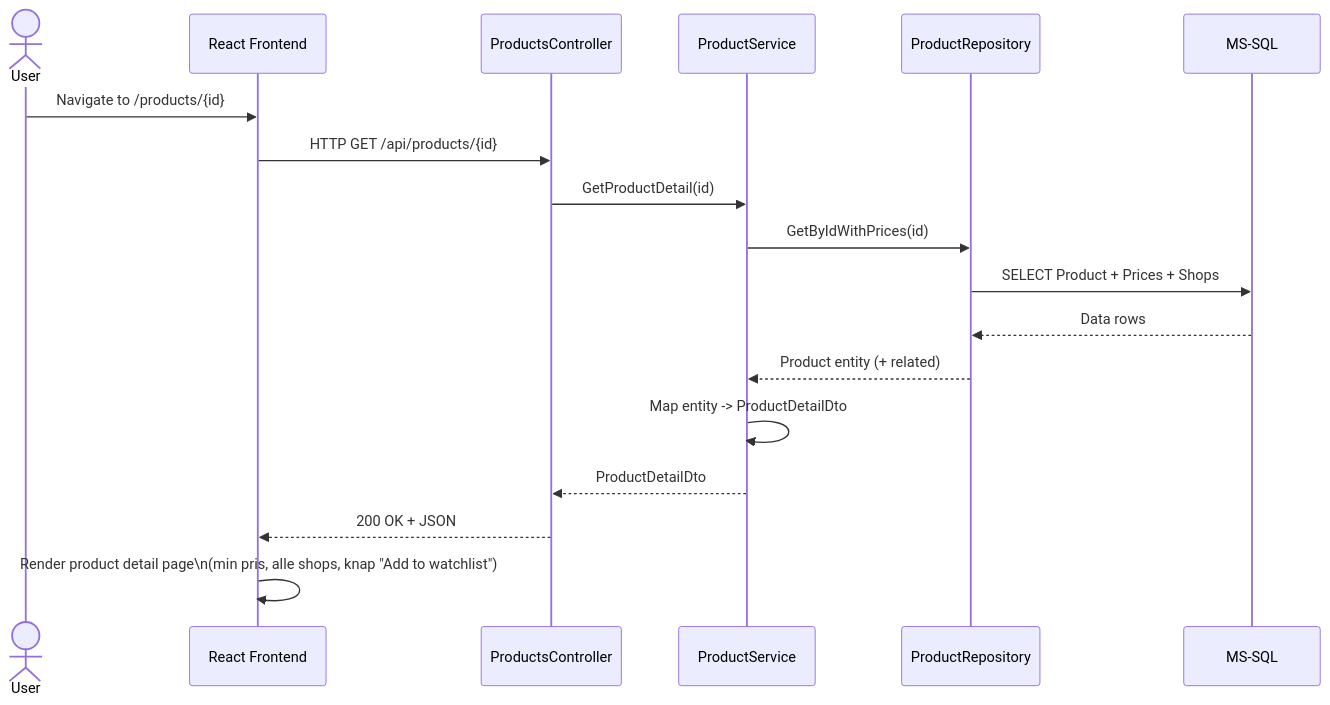
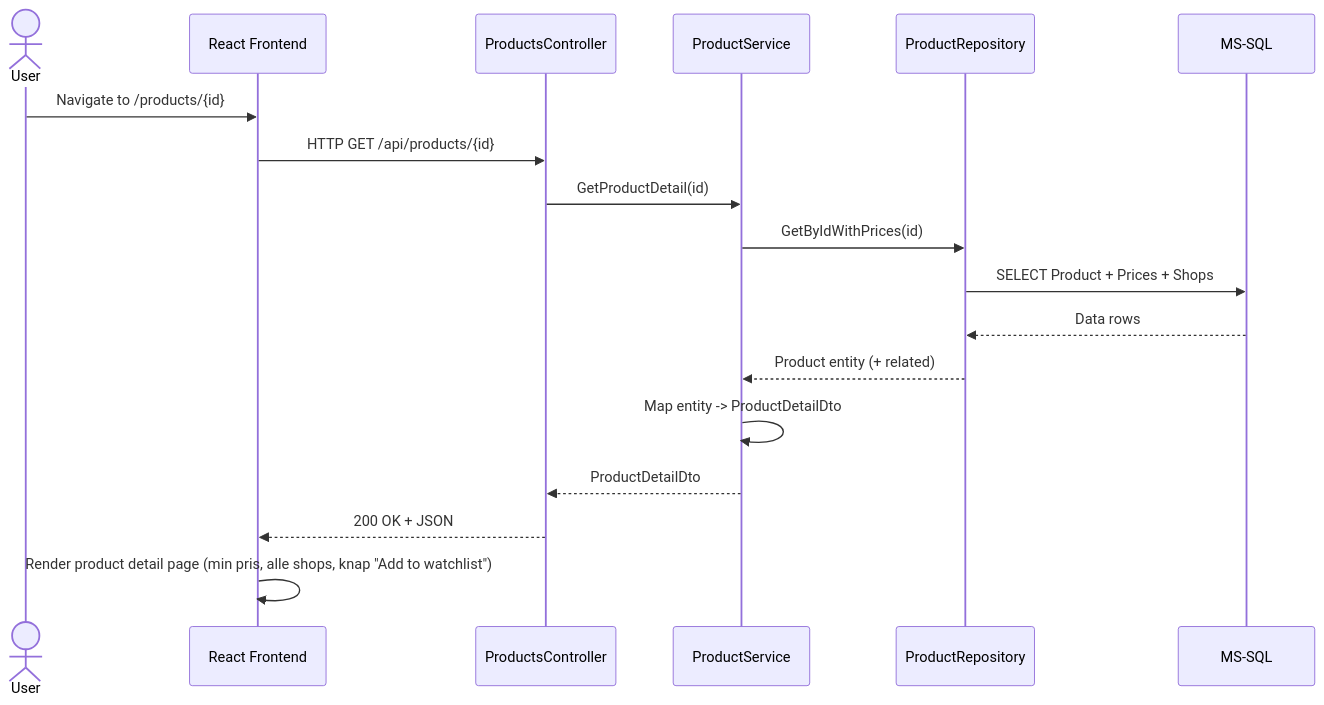
One commit to saphyron/Full-Stack-Project---Price-Compare changed the fourth of 5 diagrams in README.md. Above: the diagram before and after it, drawn with Mermaid. The commit also changed other lines of this file, not shown here.

````diff
--- a/README.md
+++ b/README.md
@@ -542,21 +542,21 @@
 ```mermaid
 sequenceDiagram
     actor User
     participant FE as React Frontend
     participant API as ProductsController
     participant APP as ProductService
     participant REPO as ProductRepository
     participant DB as MS-SQL
 
     User->>FE: Navigate to /products/{id}
     FE->>API: HTTP GET /api/products/{id}
     API->>APP: GetProductDetail(id)
     APP->>REPO: GetByIdWithPrices(id)
     REPO->>DB: SELECT Product + Prices + Shops
     DB-->>REPO: Data rows
     REPO-->>APP: Product entity (+ related)
     APP->>APP: Map entity -> ProductDetailDto
     APP-->>API: ProductDetailDto
     API-->>FE: 200 OK + JSON
-    FE->>FE: Render product detail page\n(min pris, alle shops, knap "Add to watchlist")
+    FE->>FE: Render product detail page (min pris, alle shops, knap "Add to watchlist")
 ```
````
